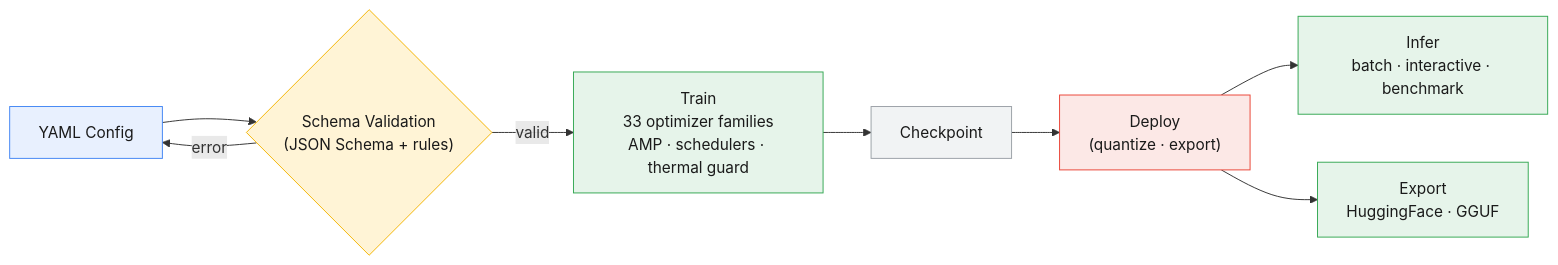
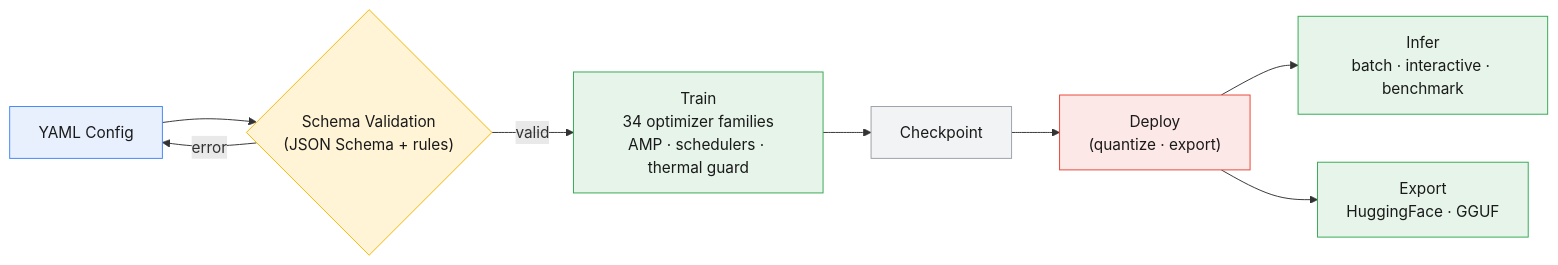
The first of 2 diagrams in README.md (erickfmm/frankenstein-transformer), drawn with Mermaid before and after one commit. The commit also changed other lines of this file and 21 other files, not shown here.

````diff
--- a/README.md
+++ b/README.md
@@ -24,18 +24,18 @@
 ```mermaid
 flowchart LR
     A["YAML Config"] --> B{"Schema Validation<br/>(JSON Schema + rules)"}
-    B -- valid --> C["Train<br/>33 optimizer families<br/>AMP · schedulers · thermal guard"]
+    B -- valid --> C["Train<br/>34 optimizer families<br/>AMP · schedulers · thermal guard"]
     B -- error --> A
     C --> D["Checkpoint"]
     D --> E["Deploy<br/>(quantize · export)"]
     E --> F["Infer<br/>batch · interactive · benchmark"]
     E --> G["Export<br/>HuggingFace · GGUF"]
 
     style A fill:#e8f0fe,stroke:#4285f4,color:#1a1a1a
     style B fill:#fff4d6,stroke:#f4b400,color:#1a1a1a
     style C fill:#e6f4ea,stroke:#34a853,color:#1a1a1a
     style D fill:#f1f3f4,stroke:#9aa0a6,color:#1a1a1a
     style E fill:#fce8e6,stroke:#ea4335,color:#1a1a1a
     style F fill:#e6f4ea,stroke:#34a853,color:#1a1a1a
     style G fill:#e6f4ea,stroke:#34a853,color:#1a1a1a
 ```
````
